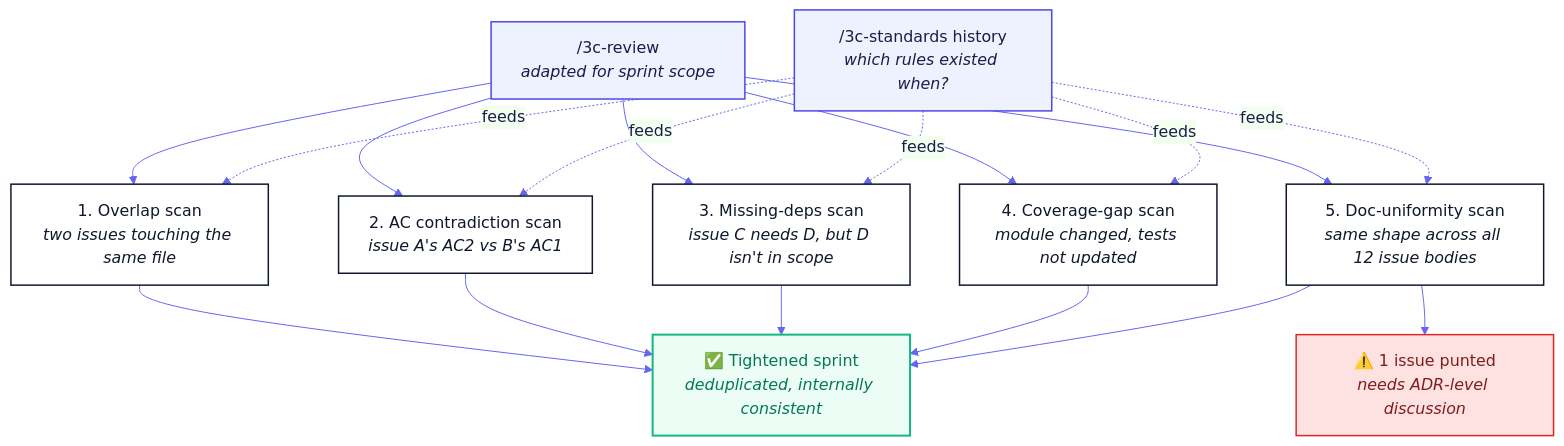
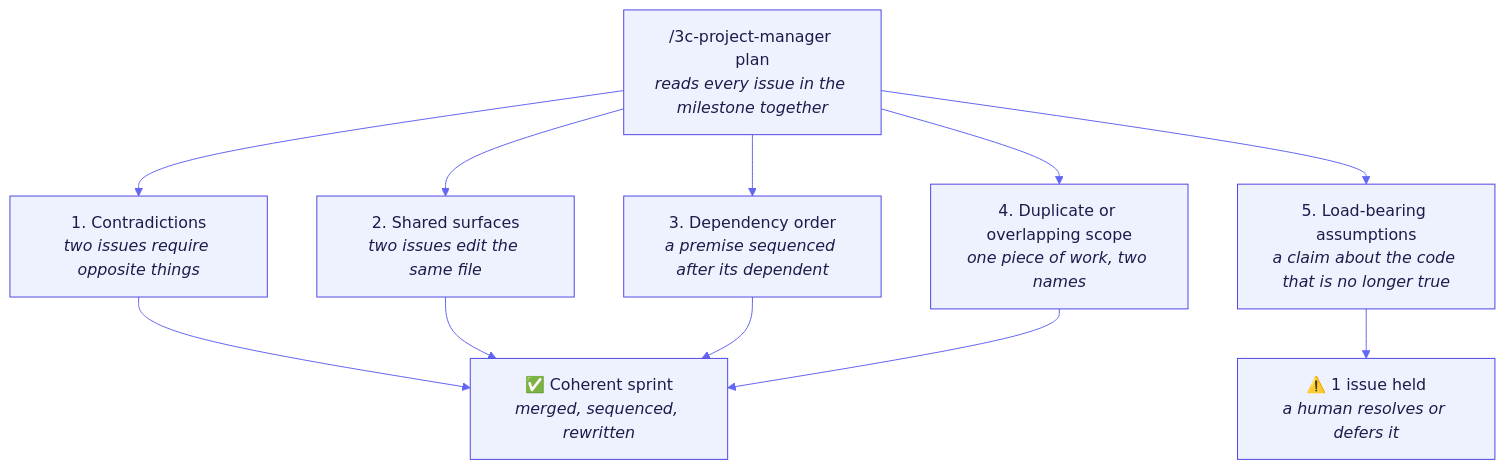
The diagram in infographic/diagrams/i-sprint-assembly.mmd (kgn-git/3C), drawn with Mermaid before and after one commit. The commit also changed 61 other files, not shown here.

```diff
--- a/infographic/diagrams/i-sprint-assembly.mmd
+++ b/infographic/diagrams/i-sprint-assembly.mmd
@@ -1,41 +1,24 @@
 %%{init: {'theme':'base','themeVariables':{'primaryColor':'#EEF2FF','primaryTextColor':'#1E1B4B','primaryBorderColor':'#4F46E5','lineColor':'#6366F1','fontFamily':'Inter, sans-serif','fontSize':'16px'}}}%%
 flowchart TB
-    REVIEW["/3c-review<br/><i>adapted for sprint scope</i>"]
-    HISTORY["/3c-standards history<br/><i>which rules existed when?</i>"]
+    PM["/3c-project-manager plan<br/><i>reads every issue in the milestone together</i>"]
 
-    OVERLAP["1. Overlap scan<br/><i>two issues touching the same file</i>"]
-    AC_CONTRA["2. AC contradiction scan<br/><i>issue A's AC2 vs B's AC1</i>"]
-    DEPS["3. Missing-deps scan<br/><i>issue C needs D, but D isn't in scope</i>"]
-    COVERAGE["4. Coverage-gap scan<br/><i>module changed, tests not updated</i>"]
-    DOCS["5. Doc-uniformity scan<br/><i>same shape across all 12 issue bodies</i>"]
+    CONTRA["1. Contradictions<br/><i>two issues require opposite things</i>"]
+    SHARED["2. Shared surfaces<br/><i>two issues edit the same file</i>"]
+    ORDER["3. Dependency order<br/><i>a premise sequenced after its dependent</i>"]
+    DUP["4. Duplicate or overlapping scope<br/><i>one piece of work, two names</i>"]
+    ASSUME["5. Load-bearing assumptions<br/><i>a claim about the code that is no longer true</i>"]
 
-    PUNT["⚠️ 1 issue punted<br/><i>needs ADR-level discussion</i>"]
-    TIGHT["✅ Tightened sprint<br/><i>deduplicated, internally consistent</i>"]
+    HOLD["⚠️ 1 issue held<br/><i>a human resolves or defers it</i>"]
+    READY["✅ Coherent sprint<br/><i>merged, sequenced, rewritten</i>"]
 
-    REVIEW --> OVERLAP
-    REVIEW --> AC_CONTRA
-    REVIEW --> DEPS
-    REVIEW --> COVERAGE
-    REVIEW --> DOCS
+    PM --> CONTRA
+    PM --> SHARED
+    PM --> ORDER
+    PM --> DUP
+    PM --> ASSUME
 
-    HISTORY -.feeds.-> OVERLAP
-    HISTORY -.feeds.-> AC_CONTRA
-    HISTORY -.feeds.-> DEPS
-    HISTORY -.feeds.-> COVERAGE
-    HISTORY -.feeds.-> DOCS
-
-    OVERLAP --> TIGHT
-    AC_CONTRA --> TIGHT
-    DEPS --> TIGHT
-    COVERAGE --> TIGHT
-    DOCS --> PUNT
-    DOCS --> TIGHT
-
-    classDef skill fill:#EEF2FF,stroke:#4F46E5,color:#1E1B4B,stroke-width:1.5px
-    classDef check fill:#fff,stroke:#0F172A,color:#0F172A,stroke-width:1.5px
-    classDef warn fill:#FEE2E2,stroke:#DC2626,color:#7F1D1D,stroke-width:1.5px
-    classDef good fill:#ECFDF5,stroke:#10B981,color:#047857,stroke-width:2px
-    class REVIEW,HISTORY skill
-    class OVERLAP,AC_CONTRA,DEPS,COVERAGE,DOCS check
-    class PUNT warn
-    class TIGHT good
+    CONTRA --> READY
+    SHARED --> READY
+    ORDER --> READY
+    DUP --> READY
+    ASSUME --> HOLD
```
